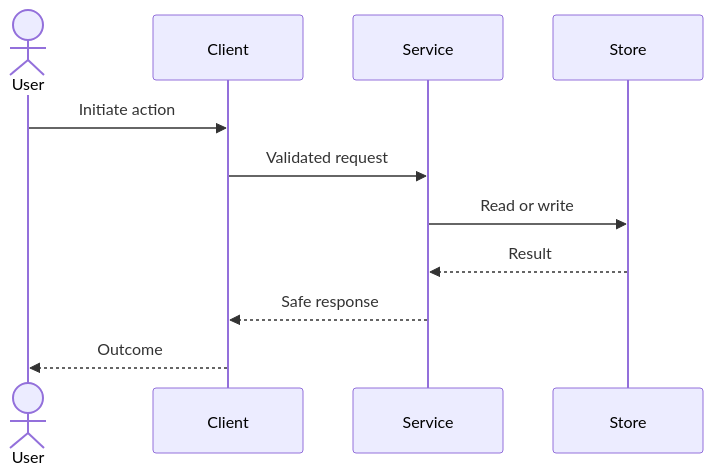
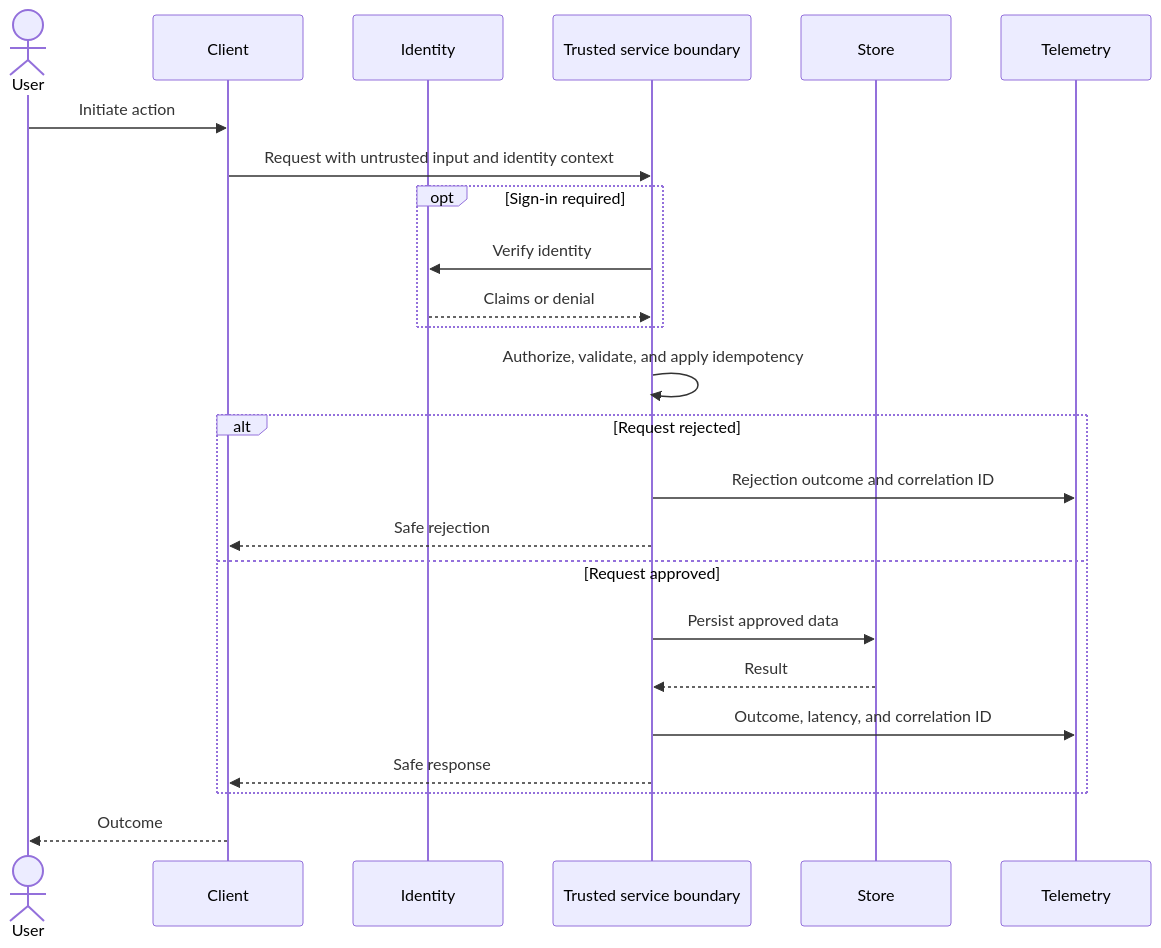
One commit to Levi-Breedlove/aws-bootstrap changed the first of 5 diagrams in docs/project/PRD.md. Above: the diagram before and after it, drawn with Mermaid. The commit also changed other lines of this file and 25 other files, not shown here.

````diff
--- a/docs/project/PRD.md
+++ b/docs/project/PRD.md
@@ -217,14 +229,27 @@
 ```mermaid
 sequenceDiagram
     actor User
     participant Client
-    participant Service
+    participant Identity
+    participant Service as Trusted service boundary
     participant Store
+    participant Telemetry
 
     User->>Client: Initiate action
-    Client->>Service: Validated request
-    Service->>Store: Read or write
-    Store-->>Service: Result
-    Service-->>Client: Safe response
+    Client->>Service: Request with untrusted input and identity context
+    opt Sign-in required
+        Service->>Identity: Verify identity
+        Identity-->>Service: Claims or denial
+    end
+    Service->>Service: Authorize, validate, and apply idempotency
+    alt Request rejected
+        Service->>Telemetry: Rejection outcome and correlation ID
+        Service-->>Client: Safe rejection
+    else Request approved
+        Service->>Store: Persist approved data
+        Store-->>Service: Result
+        Service->>Telemetry: Outcome, latency, and correlation ID
+        Service-->>Client: Safe response
+    end
     Client-->>User: Outcome
 ```
````
